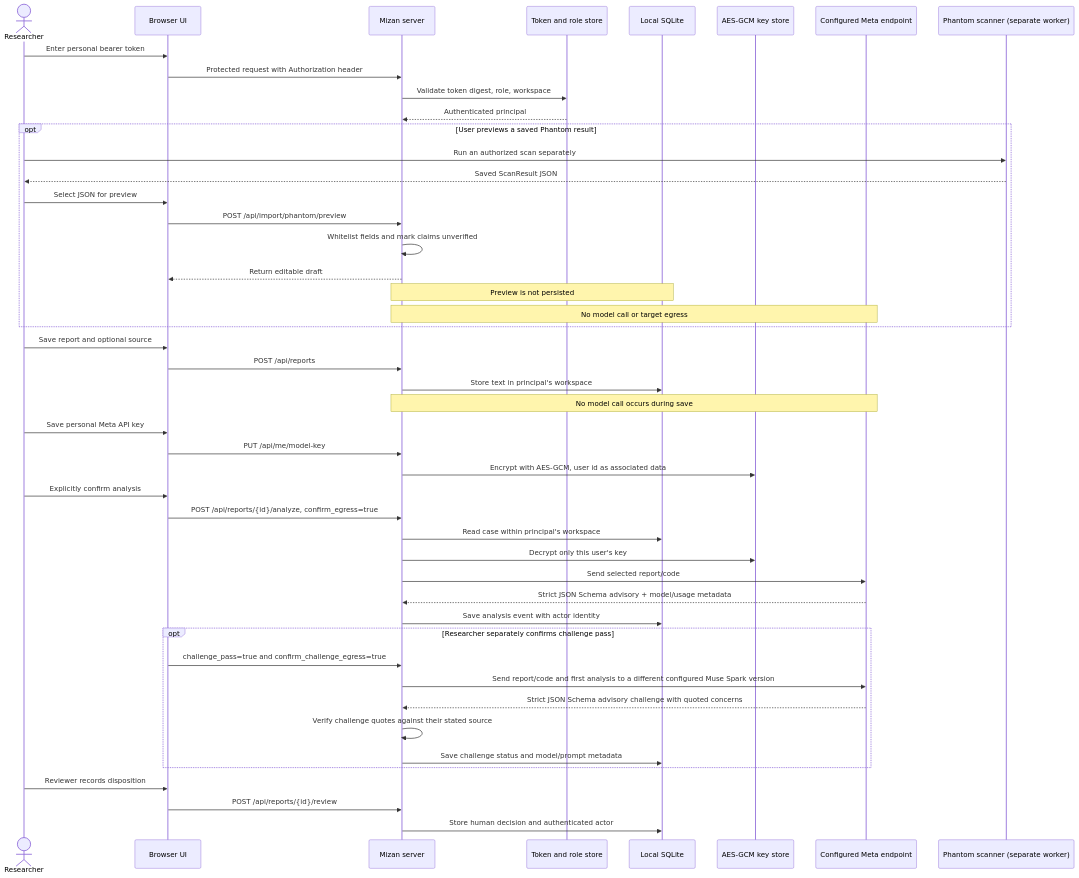
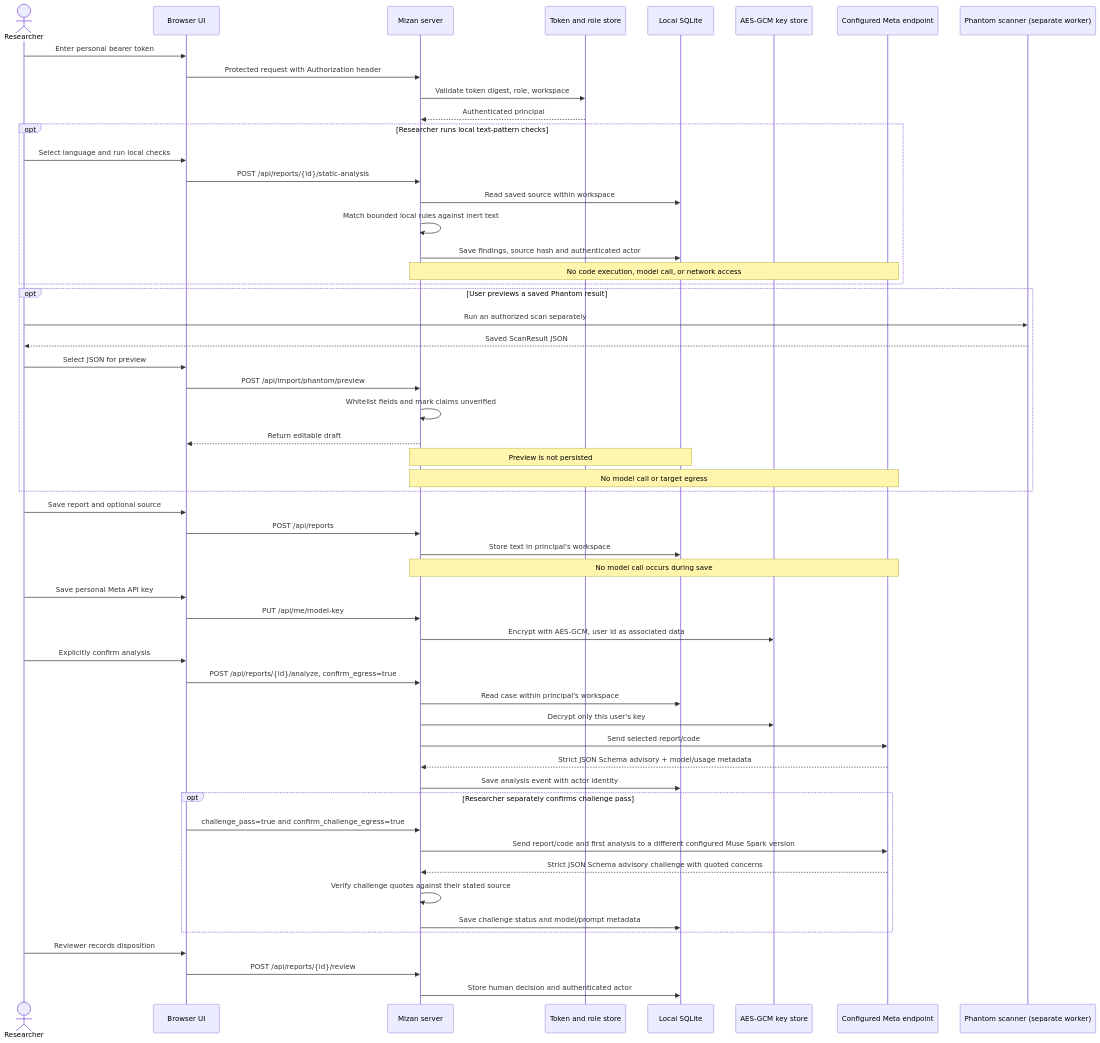
One commit to aimenhamzi01-dot/mizan changed the first of 2 diagrams in docs/ARCHITECTURE.md. Above: the diagram before and after it, drawn with Mermaid. The commit also changed other lines of this file and 11 other files, not shown here.

Commit message:
Add local static analysis to case workflow

````diff
--- a/docs/ARCHITECTURE.md
+++ b/docs/ARCHITECTURE.md
@@ -30,50 +31,58 @@
 ```mermaid
 sequenceDiagram
     actor Researcher
     participant UI as Browser UI
     participant API as Mizan server
     participant Auth as Token and role store
     participant DB as Local SQLite
     participant Keys as AES-GCM key store
     participant Model as Configured Meta endpoint
     participant Phantom as Phantom scanner (separate worker)
 
     Researcher->>UI: Enter personal bearer token
     UI->>API: Protected request with Authorization header
     API->>Auth: Validate token digest, role, workspace
     Auth-->>API: Authenticated principal
+    opt Researcher runs local text-pattern checks
+        Researcher->>UI: Select language and run local checks
+        UI->>API: POST /api/reports/{id}/static-analysis
+        API->>DB: Read saved source within workspace
+        API->>API: Match bounded local rules against inert text
+        API->>DB: Save findings, source hash and authenticated actor
+        Note over API,Model: No code execution, model call, or network access
+    end
     opt User previews a saved Phantom result
         Researcher->>Phantom: Run an authorized scan separately
         Phantom-->>Researcher: Saved ScanResult JSON
         Researcher->>UI: Select JSON for preview
         UI->>API: POST /api/import/phantom/preview
         API->>API: Whitelist fields and mark claims unverified
         API-->>UI: Return editable draft
         Note over API,DB: Preview is not persisted
         Note over API,Model: No model call or target egress
     end
     Researcher->>UI: Save report and optional source
     UI->>API: POST /api/reports
     API->>DB: Store text in principal's workspace
     Note over API,Model: No model call occurs during save
     Researcher->>UI: Save personal Meta API key
     UI->>API: PUT /api/me/model-key
     API->>Keys: Encrypt with AES-GCM, user id as associated data
     Researcher->>UI: Explicitly confirm analysis
     UI->>API: POST /api/reports/{id}/analyze, confirm_egress=true
     API->>DB: Read case within principal's workspace
     API->>Keys: Decrypt only this user's key
     API->>Model: Send selected report/code
     Model-->>API: Strict JSON Schema advisory + model/usage metadata
     API->>DB: Save analysis event with actor identity
     opt Researcher separately confirms challenge pass
         UI->>API: challenge_pass=true and confirm_challenge_egress=true
         API->>Model: Send report/code and first analysis to a different configured Muse Spark version
         Model-->>API: Strict JSON Schema advisory challenge with quoted concerns
         API->>API: Verify challenge quotes against their stated source
         API->>DB: Save challenge status and model/prompt metadata
     end
     Researcher->>UI: Reviewer records disposition
     UI->>API: POST /api/reports/{id}/review
     API->>DB: Store human decision and authenticated actor
 ```
````
